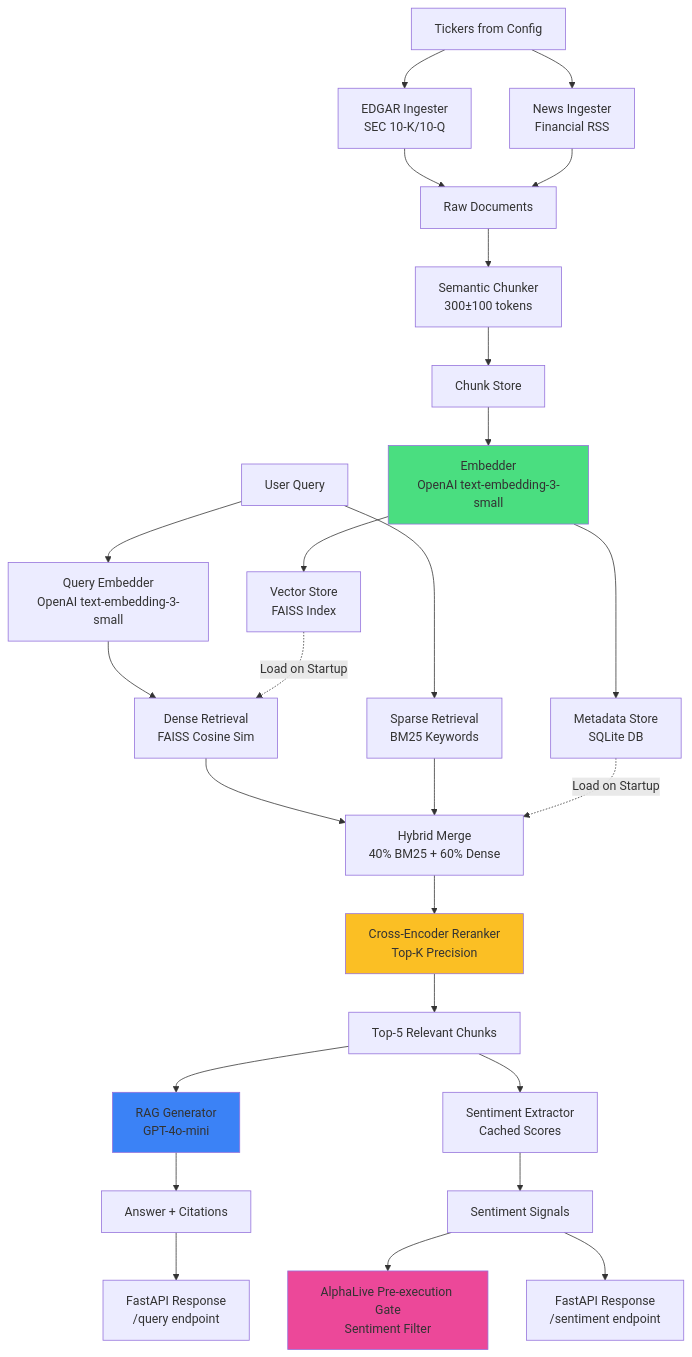
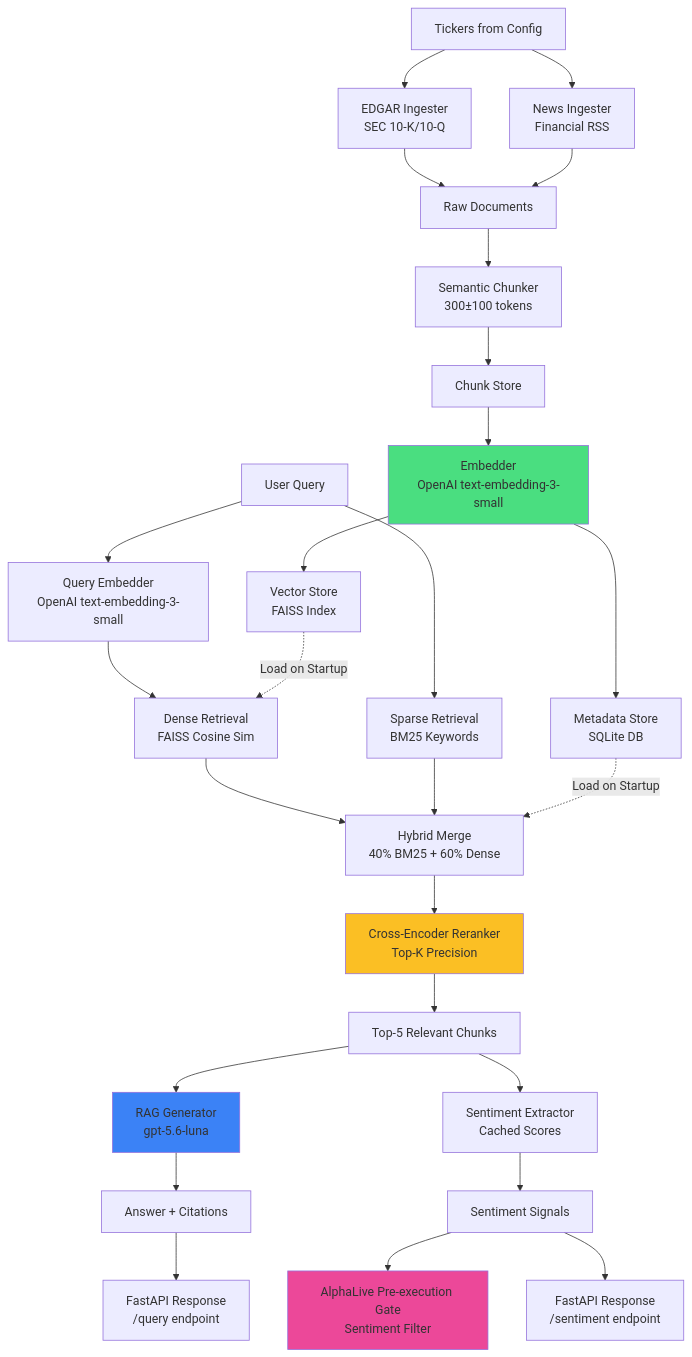
Before and after one commit to bernardoguterres/AlphaSignal: the diagram in README.md, drawn with Mermaid. The commit also changed other lines of this file and 11 other files, not shown here.

````diff
--- a/README.md
+++ b/README.md
@@ -7,35 +9,35 @@
 ```mermaid
 flowchart TD
     A[Tickers from Config] --> B[EDGAR Ingester<br/>SEC 10-K/10-Q]
     A --> C[News Ingester<br/>Financial RSS]
     B --> D[Raw Documents]
     C --> D
     D --> E[Semantic Chunker<br/>300±100 tokens]
     E --> F[Chunk Store]
     F --> G[Embedder<br/>OpenAI text-embedding-3-small]
     G --> H[Vector Store<br/>FAISS Index]
     G --> I[Metadata Store<br/>SQLite DB]
     
     J[User Query] --> K[Query Embedder<br/>OpenAI text-embedding-3-small]
     K --> L[Dense Retrieval<br/>FAISS Cosine Sim]
     J --> M[Sparse Retrieval<br/>BM25 Keywords]
     L --> N[Hybrid Merge<br/>40% BM25 + 60% Dense]
     M --> N
     N --> O[Cross-Encoder Reranker<br/>Top-K Precision]
     O --> P[Top-5 Relevant Chunks]
-    P --> Q[RAG Generator<br/>GPT-4o-mini]
+    P --> Q[RAG Generator<br/>gpt-5.6-luna]
     P --> R[Sentiment Extractor<br/>Cached Scores]
     Q --> S[Answer + Citations]
     R --> T[Sentiment Signals]
     T --> U[AlphaLive Pre-execution Gate<br/>Sentiment Filter]
     S --> V[FastAPI Response<br/>/query endpoint]
     T --> W[FastAPI Response<br/>/sentiment endpoint]
     
     H -.->|Load on Startup| L
     I -.->|Load on Startup| N
     
     style G fill:#4ade80
     style O fill:#fbbf24
     style Q fill:#3b82f6
     style U fill:#ec4899
 ```
````
